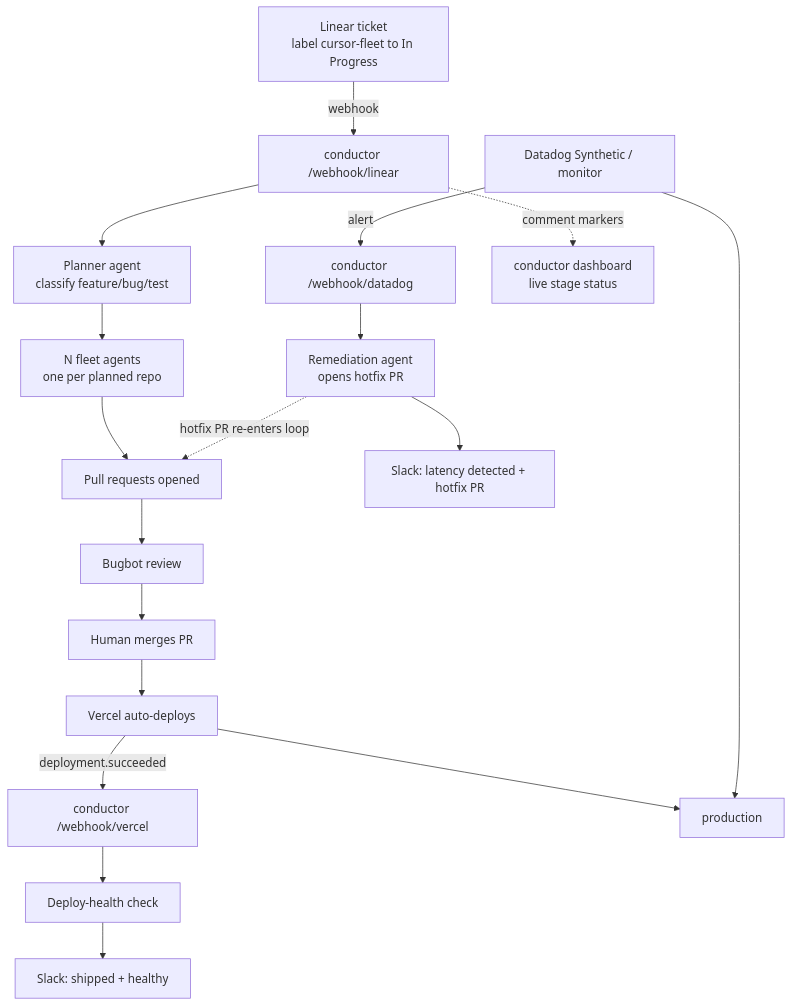
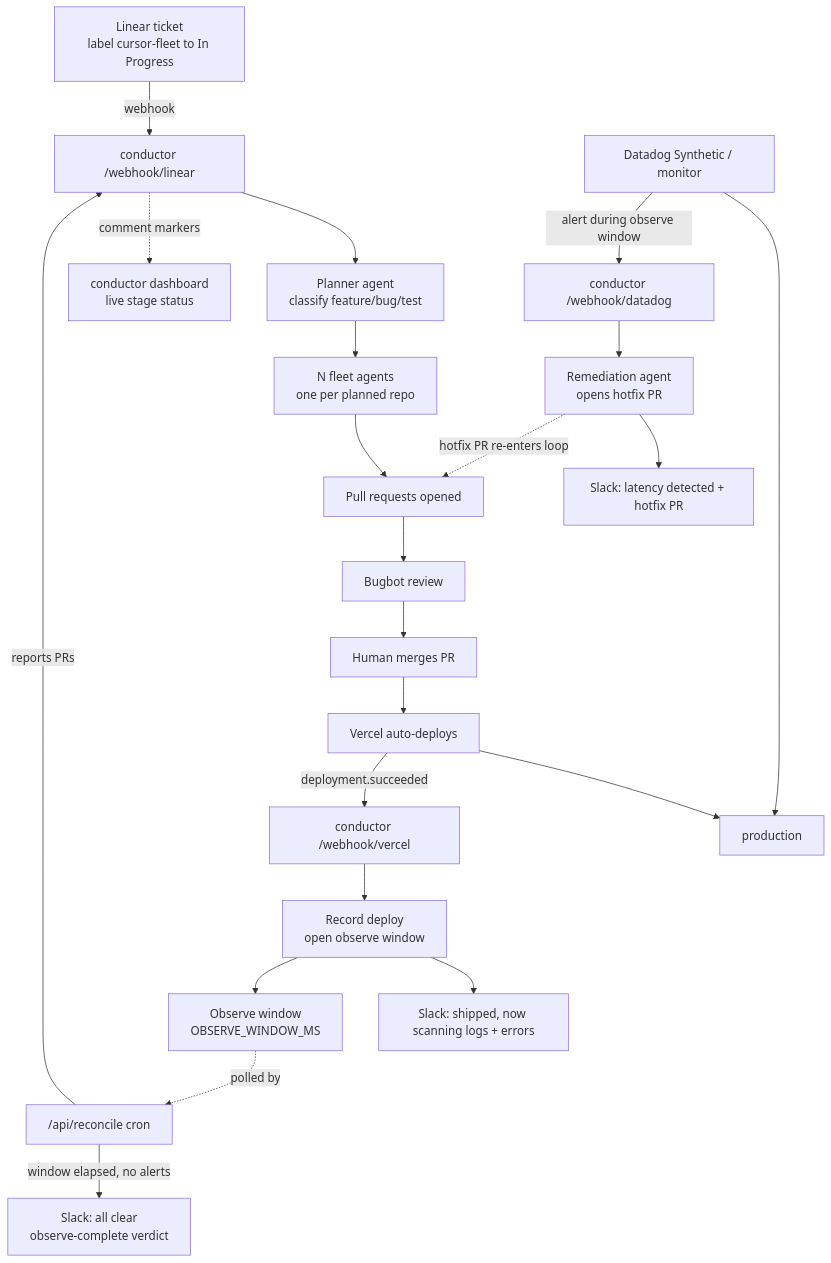
One commit to hsaab/conductor changed the diagram in README.md. Above: the diagram before and after it, drawn with Mermaid. The commit also changed other lines of this file and 9 other files, not shown here.

First line of the commit message:
Defer deploy health verdict to observe window and gate deploy on PR merge.

````diff
--- a/README.md
+++ b/README.md
@@ -16,20 +16,24 @@
 ```mermaid
 flowchart TD
   Ticket["Linear ticket<br/>label cursor-fleet to In Progress"] -->|webhook| Linear["conductor /webhook/linear"]
   Linear --> Planner["Planner agent<br/>classify feature/bug/test"]
   Planner --> Fleet["N fleet agents<br/>one per planned repo"]
   Fleet --> PR["Pull requests opened"]
   PR --> Bugbot["Bugbot review"]
   Bugbot --> Merge["Human merges PR"]
   Merge --> Vercel["Vercel auto-deploys"]
+  Vercel --> Prod["production"]
   Vercel -->|deployment.succeeded| VHook["conductor /webhook/vercel"]
-  VHook --> Obs["Deploy-health check"]
-  Obs --> Slack1["Slack: shipped + healthy"]
-  Vercel --> Prod["production"]
+  VHook --> Obs["Record deploy<br/>open observe window"]
+  Obs --> Slack1["Slack: shipped, now scanning logs + errors"]
+  Obs --> Observe["Observe window<br/>OBSERVE_WINDOW_MS"]
+  Cron["/api/reconcile cron"] -->|reports PRs| Linear
+  Cron -->|window elapsed, no alerts| Clear["Slack: all clear<br/>observe-complete verdict"]
+  Observe -.->|polled by| Cron
   Synthetic["Datadog Synthetic / monitor"] --> Prod
-  Synthetic -->|alert| DHook["conductor /webhook/datadog"]
+  Synthetic -->|alert during observe window| DHook["conductor /webhook/datadog"]
   DHook --> Remediate["Remediation agent<br/>opens hotfix PR"]
   Remediate --> Slack2["Slack: latency detected + hotfix PR"]
   Remediate -.->|hotfix PR re-enters loop| PR
   Linear -.->|comment markers| Board["conductor dashboard<br/>live stage status"]
 ```
````
